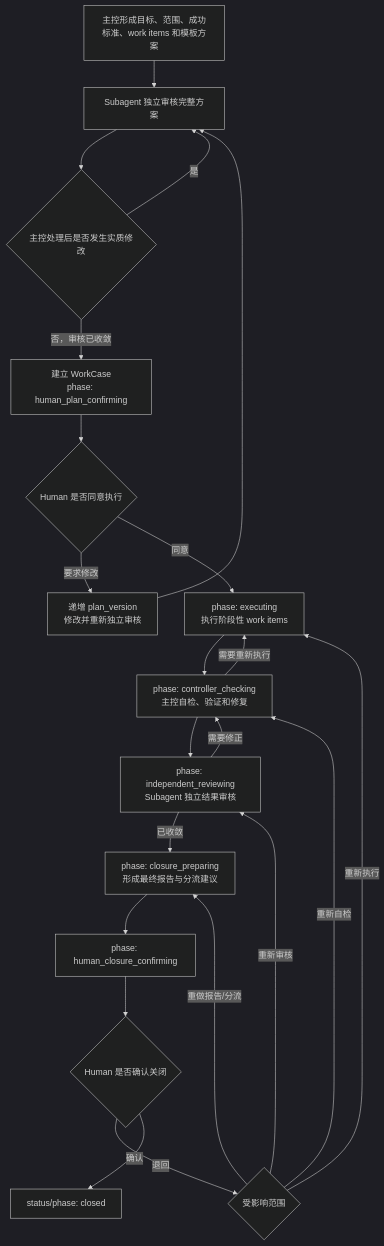
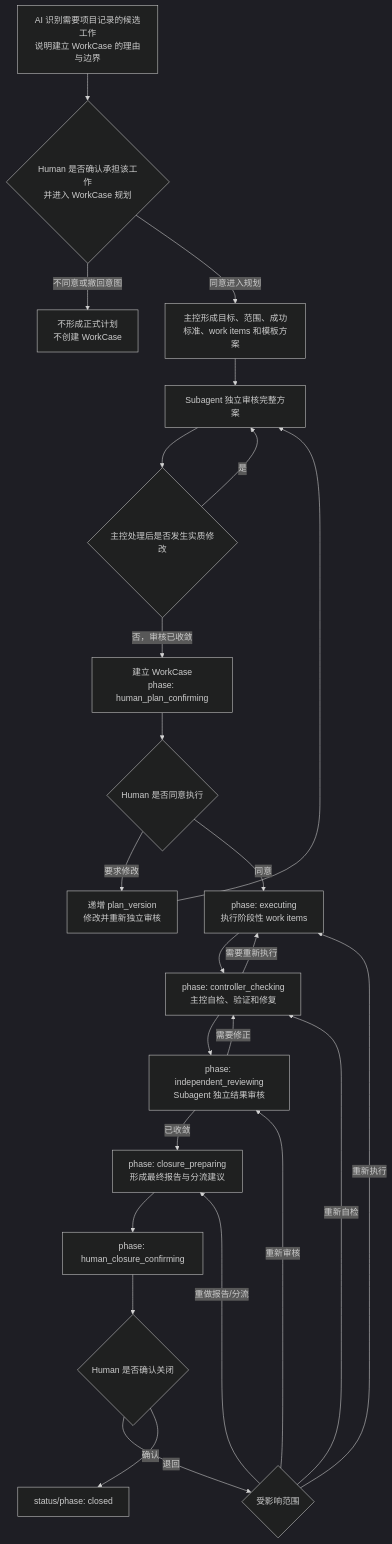
Before and after one commit to dingminhua/ld-vibe-harness: the diagram in specs/21-WorkCase-工作项.md, drawn with Mermaid (dark theme). The commit also changed other lines of this file, not shown here.

Commit message:
docs: clarify WorkCase intent and plan gates

````diff
--- a/specs/21-WorkCase-工作项.md
+++ b/specs/21-WorkCase-工作项.md
@@ -217,24 +222,27 @@
 ```mermaid
 flowchart TD
-    A["主控形成目标、范围、成功标准、work items 和模板方案"] --> B["Subagent 独立审核完整方案"]
+    S["AI 识别需要项目记录的候选工作<br/>说明建立 WorkCase 的理由与边界"] --> T{"Human 是否确认承担该工作<br/>并进入 WorkCase 规划"}
+    T -- "不同意或撤回意图" --> U["不形成正式计划<br/>不创建 WorkCase"]
+    T -- "同意进入规划" --> A["主控形成目标、范围、成功标准、work items 和模板方案"]
+    A --> B["Subagent 独立审核完整方案"]
     B --> C{"主控处理后是否发生实质修改"}
     C -- "是" --> B
     C -- "否，审核已收敛" --> D["建立 WorkCase<br/>phase: human_plan_confirming"]
     D --> E{"Human 是否同意执行"}
     E -- "要求修改" --> F["递增 plan_version<br/>修改并重新独立审核"]
     F --> B
     E -- "同意" --> H["phase: executing<br/>执行阶段性 work items"]
     H --> I["phase: controller_checking<br/>主控自检、验证和修复"]
     I -- "需要重新执行" --> H
     I --> J["phase: independent_reviewing<br/>Subagent 独立结果审核"]
     J -- "需要修正" --> I
     J -- "已收敛" --> K["phase: closure_preparing<br/>形成最终报告与分流建议"]
     K --> M["phase: human_closure_confirming"]
     M --> N{"Human 是否确认关闭"}
     N -- "退回" --> P{"受影响范围"}
     P -- "重新执行" --> H
     P -- "重新自检" --> I
     P -- "重新审核" --> J
     P -- "重做报告/分流" --> K
     N -- "确认" --> O["status/phase: closed"]
 ```
````
